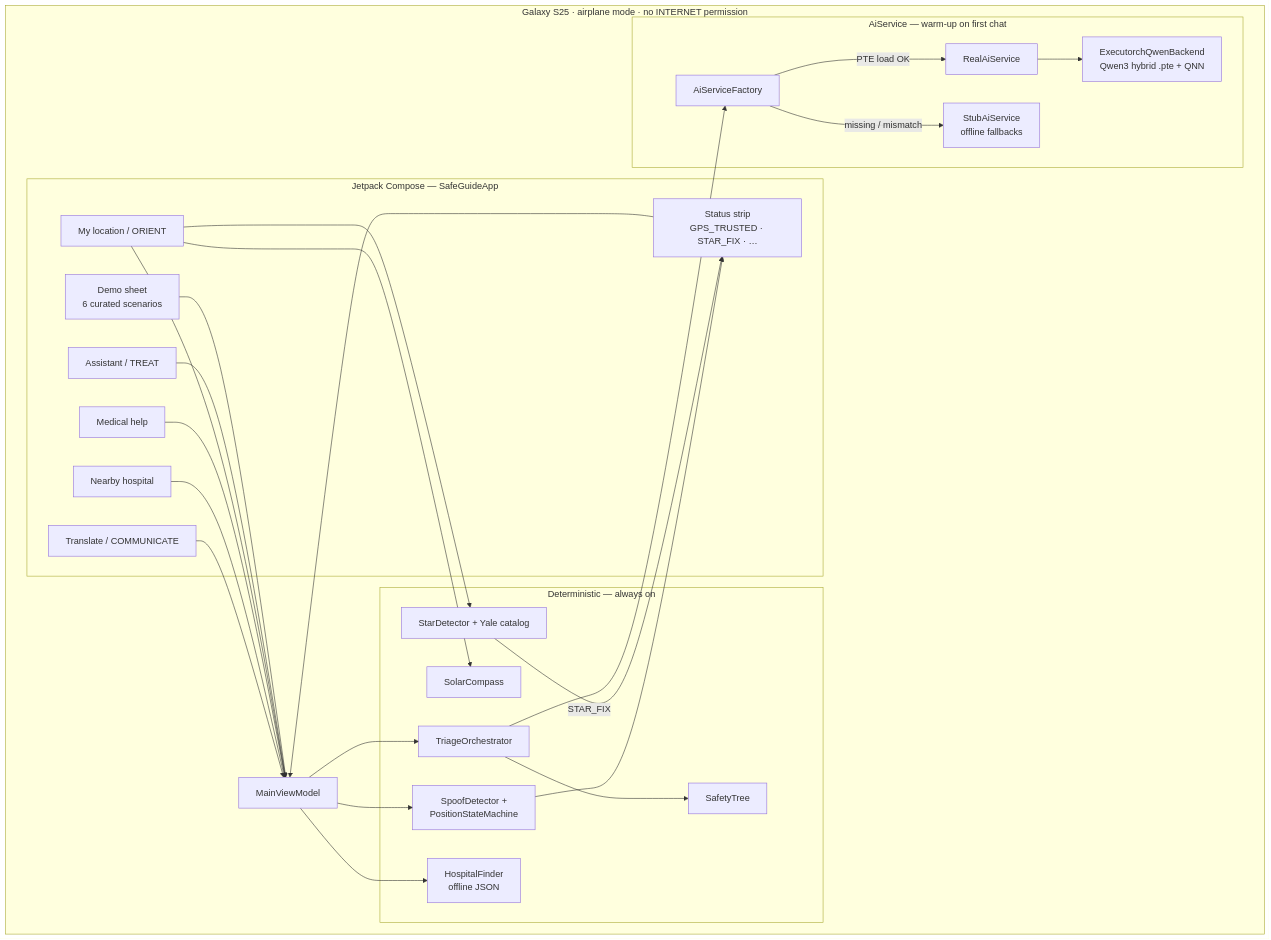
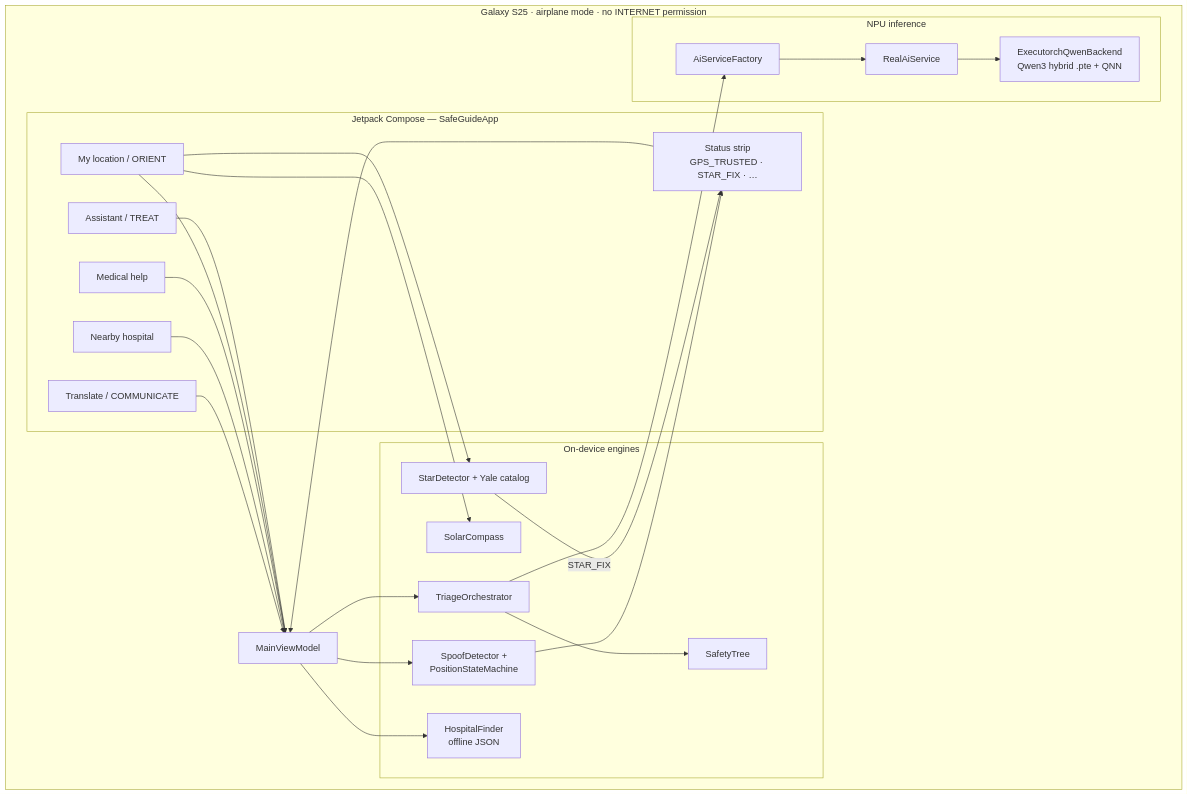
Before and after one commit to arpan-s-dev/QCOM: the diagram in README.md, drawn with Mermaid. The commit also changed other lines of this file, not shown here.

````diff
--- a/README.md
+++ b/README.md
@@ -99,54 +147,50 @@
 ```mermaid
 flowchart TB
     subgraph phone["Galaxy S25 · airplane mode · no INTERNET permission"]
         subgraph ui["Jetpack Compose — SafeGuideApp"]
-            DEMO["Demo sheet\n6 curated scenarios"]
             ASST["Assistant / TREAT"]
             LOC["My location / ORIENT"]
             MED["Medical help"]
             HOSP["Nearby hospital"]
             TRNS["Translate / COMMUNICATE"]
             STRIP["Status strip\nGPS_TRUSTED · STAR_FIX · …"]
         end
 
         VM["MainViewModel"]
 
-        subgraph det["Deterministic — always on"]
+        subgraph det["On-device engines"]
             ST["SafetyTree"]
             TRI["TriageOrchestrator"]
             SC["SolarCompass"]
             STAR["StarDetector + Yale catalog"]
             POS["SpoofDetector +\nPositionStateMachine"]
             HF["HospitalFinder\noffline JSON"]
         end
 
-        subgraph ai["AiService — warm-up on first chat"]
+        subgraph ai["NPU inference"]
             FACT["AiServiceFactory"]
-            STUB["StubAiService\noffline fallbacks"]
             REAL["RealAiService"]
             QWEN["ExecutorchQwenBackend\nQwen3 hybrid .pte + QNN"]
         end
     end
 
-    DEMO --> VM
     ASST --> VM
     LOC --> VM
     MED --> VM
     HOSP --> VM
     TRNS --> VM
     STRIP --> VM
 
     VM --> TRI
     TRI --> ST
     TRI --> FACT
-    FACT -->|"PTE load OK"| REAL
-    FACT -->|"missing / mismatch"| STUB
+    FACT --> REAL
     REAL --> QWEN
 
     LOC --> SC
     LOC --> STAR
     VM --> POS
     VM --> HF
     STAR -->|"STAR_FIX"| STRIP
     POS --> STRIP
 ```
````
